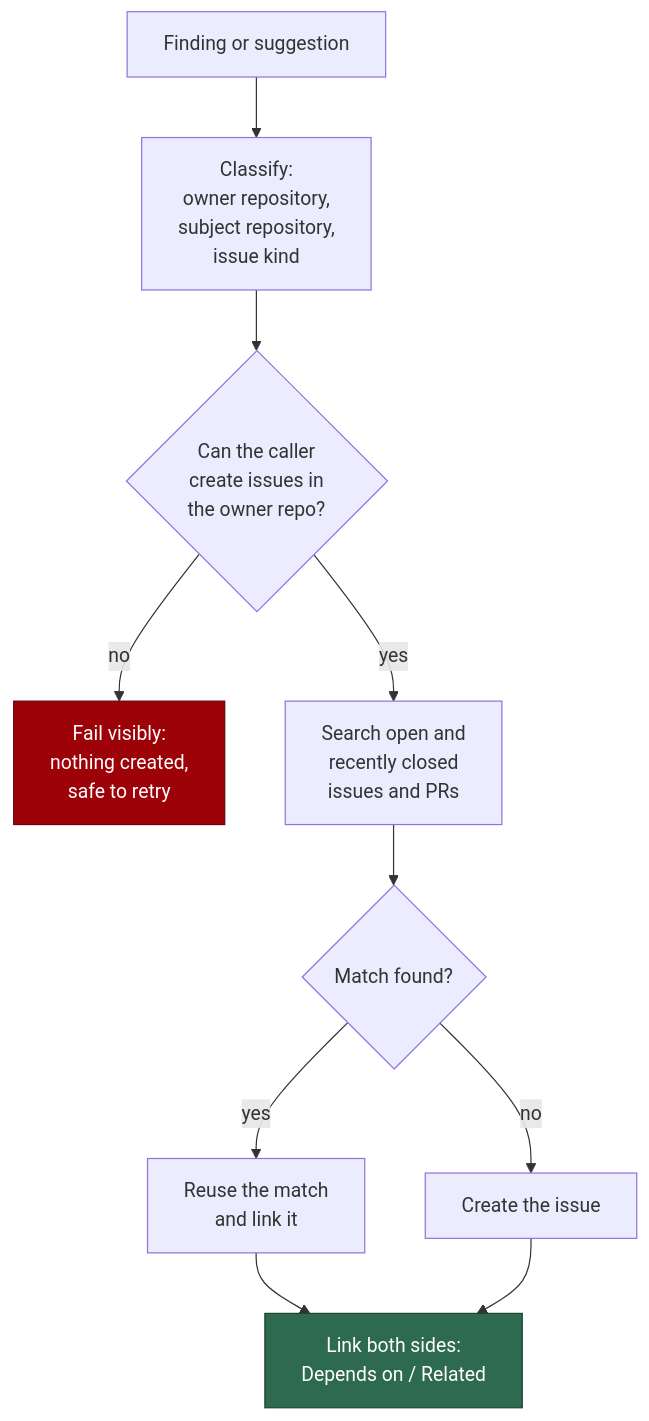
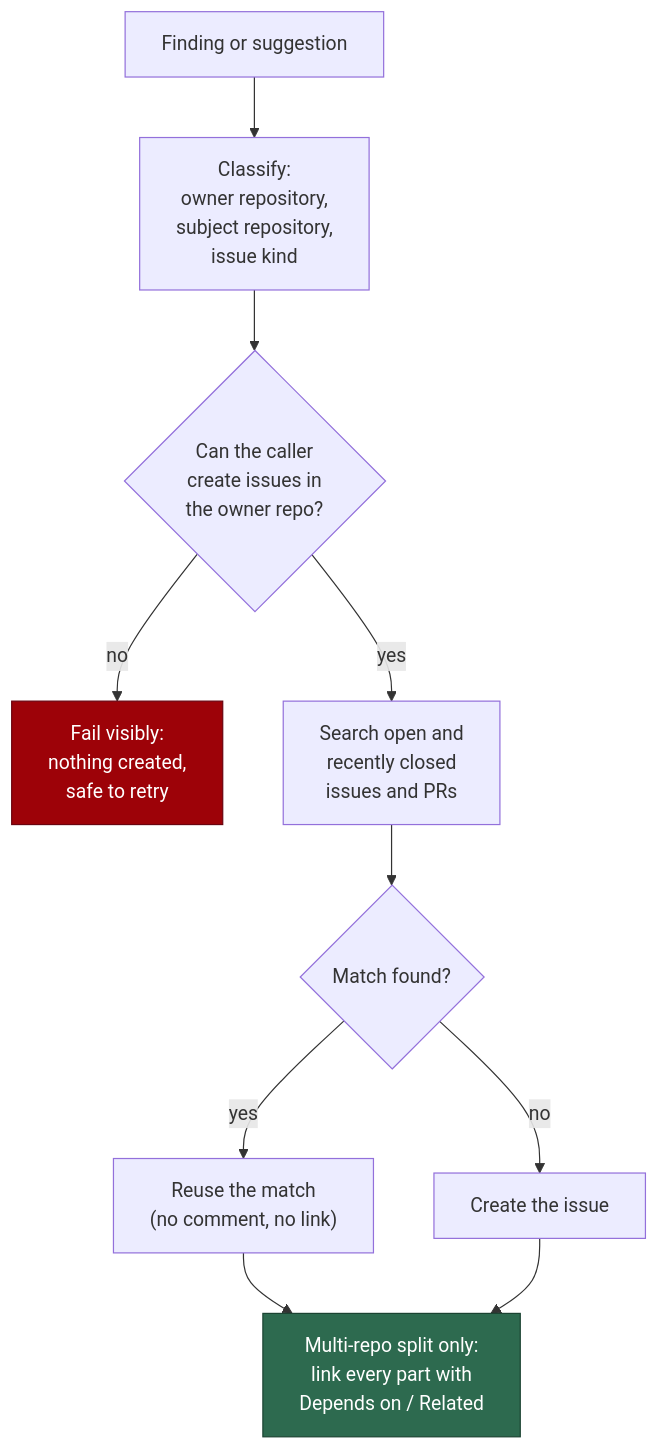
One commit to stSoftwareAU/VibeCoder changed the diagram in docs/ISSUE-ROUTING.md. Above: the diagram before and after it, drawn with Mermaid. The commit also changed other lines of this file and 4 other files, not shown here.

````diff
--- a/docs/ISSUE-ROUTING.md
+++ b/docs/ISSUE-ROUTING.md
@@ -31,14 +31,14 @@
 ```mermaid
 flowchart TD
     A["Finding or suggestion"] --> B["Classify:<br/>owner repository,<br/>subject repository,<br/>issue kind"]
     B --> C{"Can the caller<br/>create issues in<br/>the owner repo?"}
     C -- "no" --> X["Fail visibly:<br/>nothing created,<br/>safe to retry"]
     C -- "yes" --> D["Search open and<br/>recently closed<br/>issues and PRs"]
     D --> E{"Match found?"}
-    E -- "yes" --> F["Reuse the match<br/>and link it"]
+    E -- "yes" --> F["Reuse the match<br/>(no comment, no link)"]
     E -- "no" --> G["Create the issue"]
-    F --> H["Link both sides:<br/>Depends on / Related"]
+    F --> H["Multi-repo split only:<br/>link every part with<br/>Depends on / Related"]
     G --> H
     style X fill:#9d0208,stroke:#6a040f,color:#fff
     style H fill:#2d6a4f,stroke:#1b4332,color:#fff
 ```
````
